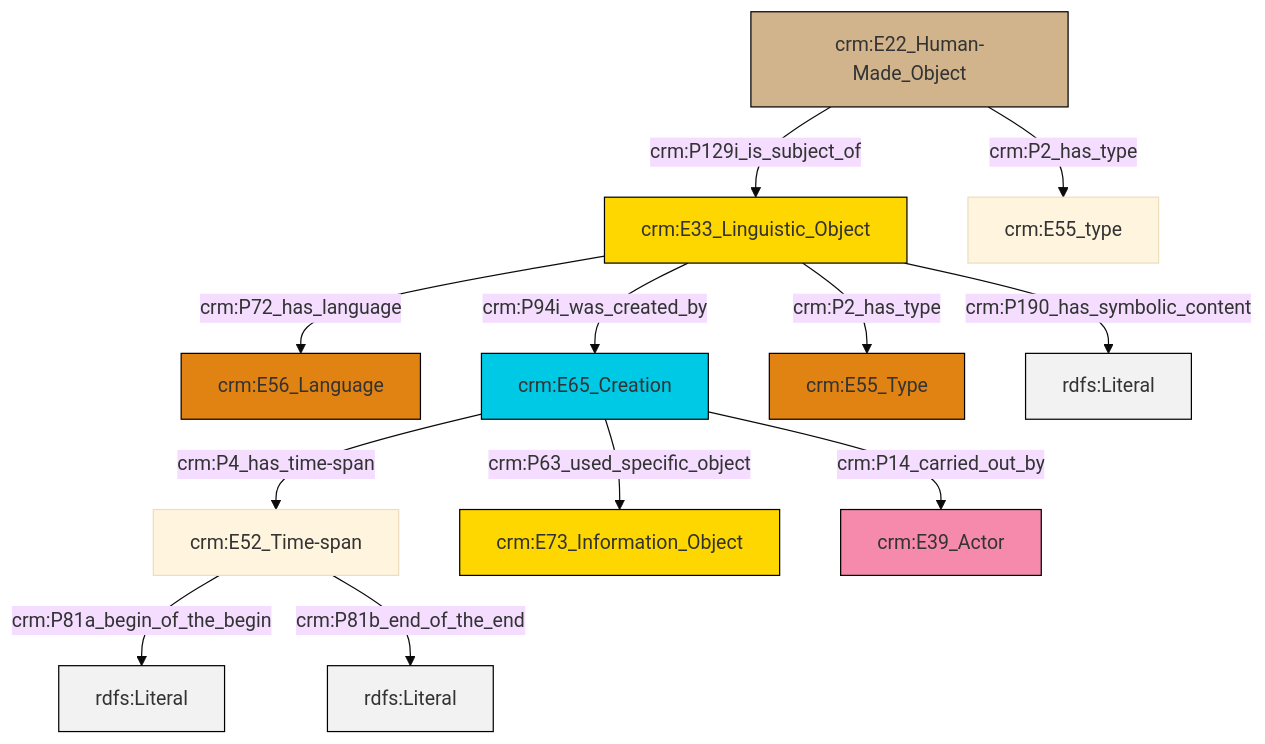
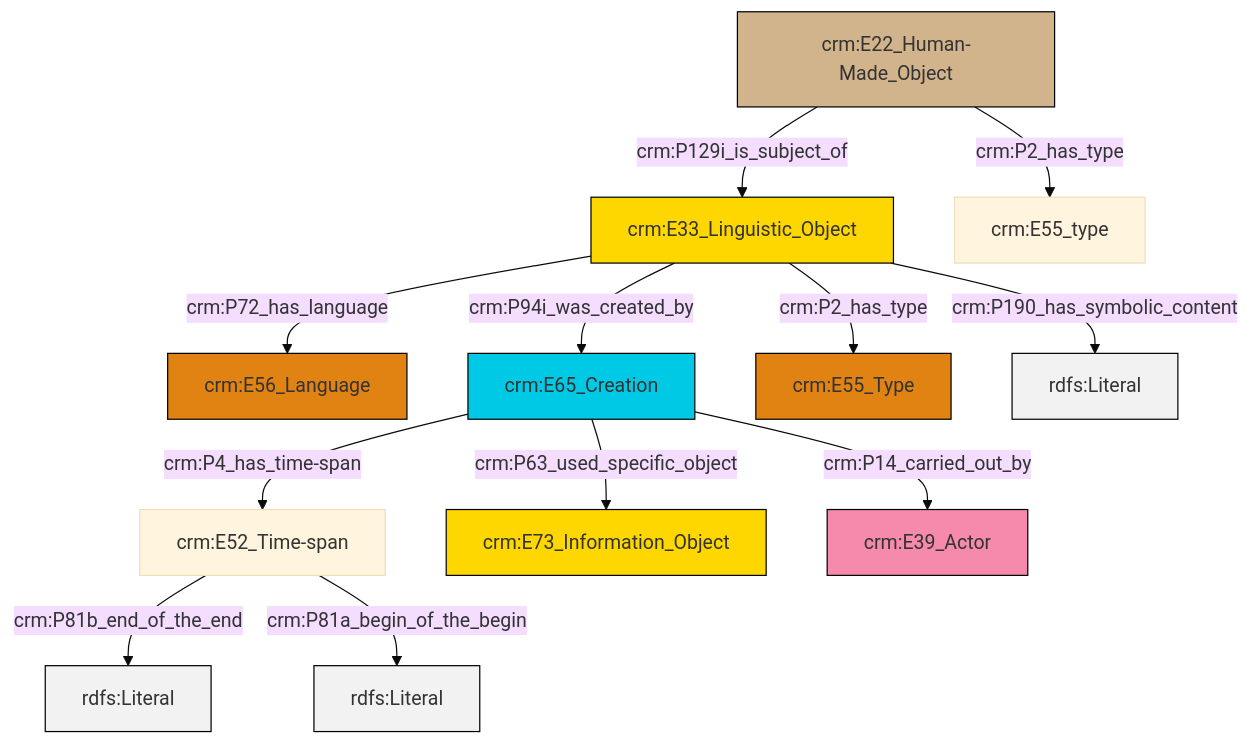
One commit to swiss-art-research-net/reference-data-models changed the diagram in et/builtWorkCSV/ttl/mmd/Built_Work_description.ttl.mmd. Above: the diagram before and after it, drawn with Mermaid (base theme). The commit also changed 124 other files, not shown here.

```diff
--- a/et/builtWorkCSV/ttl/mmd/Built_Work_description.ttl.mmd
+++ b/et/builtWorkCSV/ttl/mmd/Built_Work_description.ttl.mmd
@@ -1,26 +1,26 @@
 graph TD
 classDef Literal fill:#f2f2f2,stroke:#000000;
 classDef CRM_Entity fill:#FFFFFF,stroke:#000000;
 classDef Temporal_Entity fill:#00C9E6, stroke:#000000;
 classDef Type fill:#E18312, stroke:#000000;
 classDef Time-Span fill:#2C9C91, stroke:#000000;
 classDef Appellation fill:#FFEB7F, stroke:#000000;
 classDef Place fill:#008836, stroke:#000000;
 classDef Persistent_Item fill:#B266B2, stroke:#000000;
 classDef Conceptual_Object fill:#FFD700, stroke:#000000;
 classDef Physical_Thing fill:#D2B48C, stroke:#000000;
 classDef Actor fill:#f58aad, stroke:#000000;
 classDef PC_Classes fill:#4ce600, stroke:#000000;
 classDef Multi fill:#cccccc,stroke:#000000;
 
-0["crm:E33_Linguistic_Object"]:::Conceptual_Object -->|crm:P72_has_language| 1["crm:E56_Language"]:::Type
-2["crm:E65_Creation"]:::Temporal_Entity -->|crm:P4_has_time-span| 3["crm:E52_Time-span"]:::Default
-4["crm:E22_Human-Made_Object"]:::Physical_Thing -->|crm:P2_has_type| 8["crm:E55_type"]:::Default
-0["crm:E33_Linguistic_Object"]:::Conceptual_Object -->|crm:P2_has_type| 11["crm:E55_Type"]:::Type
-3["crm:E52_Time-span"]:::Default -->|crm:P81a_begin_of_the_begin| 12[rdfs:Literal]:::Literal
-0["crm:E33_Linguistic_Object"]:::Conceptual_Object -->|crm:P94i_was_created_by| 2["crm:E65_Creation"]:::Temporal_Entity
-4["crm:E22_Human-Made_Object"]:::Physical_Thing -->|crm:P129i_is_subject_of| 0["crm:E33_Linguistic_Object"]:::Conceptual_Object
-0["crm:E33_Linguistic_Object"]:::Conceptual_Object -->|crm:P190_has_symbolic_content| 14[rdfs:Literal]:::Literal
-3["crm:E52_Time-span"]:::Default -->|crm:P81b_end_of_the_end| 15[rdfs:Literal]:::Literal
-2["crm:E65_Creation"]:::Temporal_Entity -->|crm:P63_used_specific_object| 16["crm:E73_Information_Object"]:::Conceptual_Object
-2["crm:E65_Creation"]:::Temporal_Entity -->|crm:P14_carried_out_by| 19["crm:E39_Actor"]:::Actor
+2["crm:E22_Human-Made_Object"]:::Physical_Thing -->|crm:P129i_is_subject_of| 3["crm:E33_Linguistic_Object"]:::Conceptual_Object
+6["crm:E52_Time-span"]:::Default -->|crm:P81b_end_of_the_end| 8[rdfs:Literal]:::Literal
+6["crm:E52_Time-span"]:::Default -->|crm:P81a_begin_of_the_begin| 9[rdfs:Literal]:::Literal
+3["crm:E33_Linguistic_Object"]:::Conceptual_Object -->|crm:P2_has_type| 11["crm:E55_Type"]:::Type
+3["crm:E33_Linguistic_Object"]:::Conceptual_Object -->|crm:P94i_was_created_by| 4["crm:E65_Creation"]:::Temporal_Entity
+4["crm:E65_Creation"]:::Temporal_Entity -->|crm:P4_has_time-span| 6["crm:E52_Time-span"]:::Default
+4["crm:E65_Creation"]:::Temporal_Entity -->|crm:P63_used_specific_object| 14["crm:E73_Information_Object"]:::Conceptual_Object
+3["crm:E33_Linguistic_Object"]:::Conceptual_Object -->|crm:P190_has_symbolic_content| 17[rdfs:Literal]:::Literal
+2["crm:E22_Human-Made_Object"]:::Physical_Thing -->|crm:P2_has_type| 12["crm:E55_type"]:::Default
+3["crm:E33_Linguistic_Object"]:::Conceptual_Object -->|crm:P72_has_language| 0["crm:E56_Language"]:::Type
+4["crm:E65_Creation"]:::Temporal_Entity -->|crm:P14_carried_out_by| 19["crm:E39_Actor"]:::Actor
```
